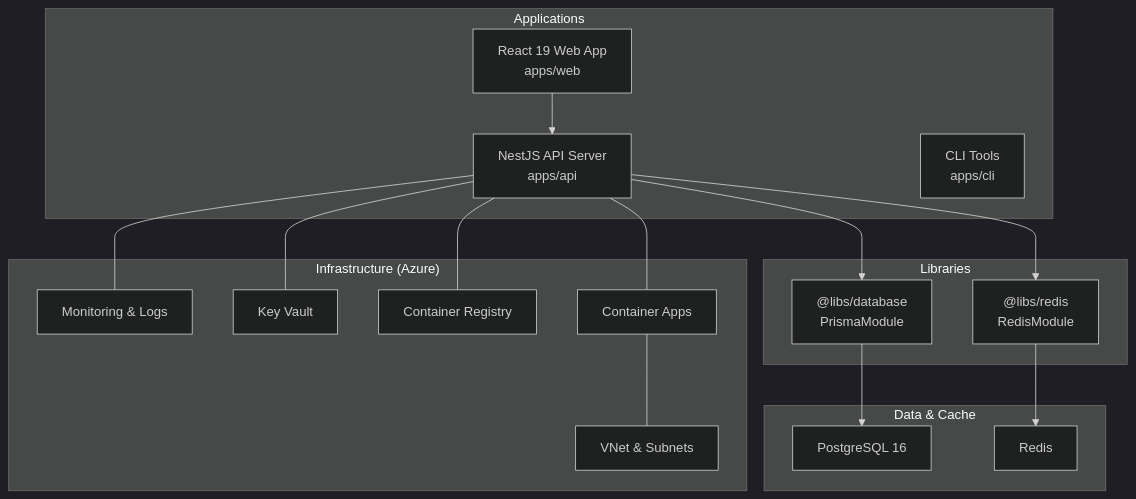
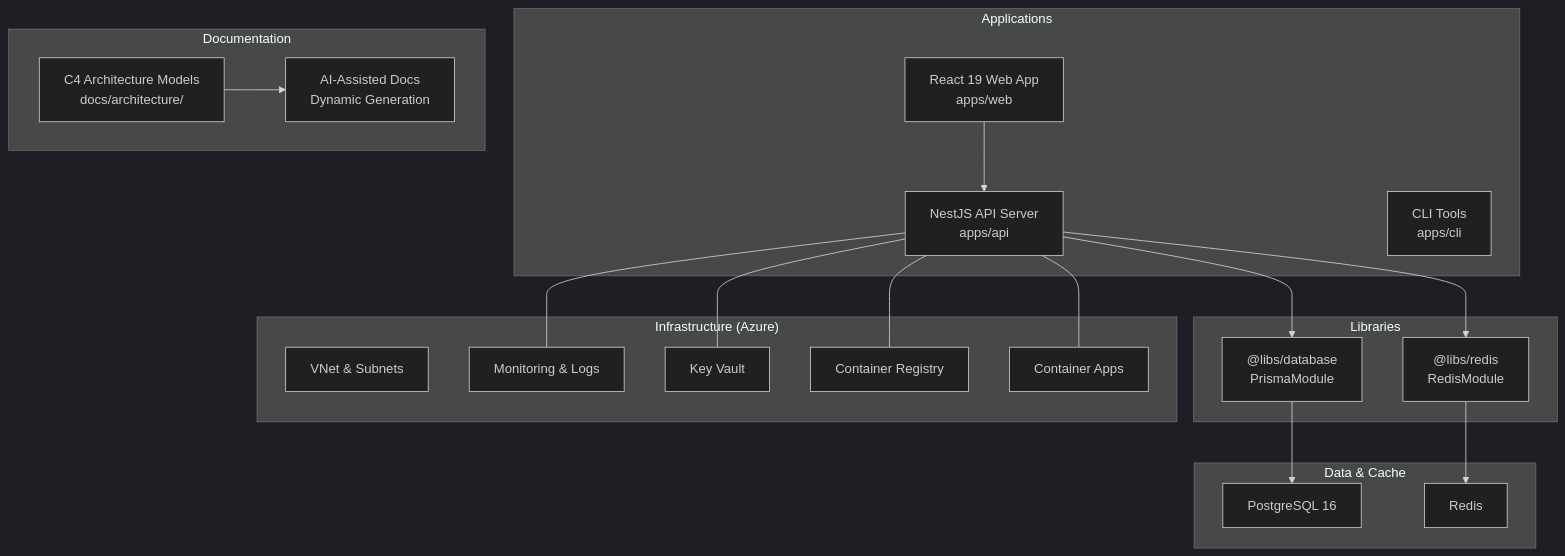
Before and after one commit to BAS-More/Quiz2Biz: the first of 11 diagrams in .qoder/repowiki/en/content/Architecture & Design/Architecture & Design.md, drawn with Mermaid (dark theme). The commit also changed other lines of this file and 3 other files, not shown here.

````diff
--- a/.qoder/repowiki/en/content/Architecture & Design/Architecture & Design.md
+++ b/.qoder/repowiki/en/content/Architecture & Design/Architecture & Design.md
@@ -46,33 +61,37 @@
 ```mermaid
 graph TB
 subgraph "Applications"
 WEB["React 19 Web App<br/>apps/web"]
 API["NestJS API Server<br/>apps/api"]
 CLI["CLI Tools<br/>apps/cli"]
 end
 subgraph "Libraries"
 DB["@libs/database<br/>PrismaModule"]
 REDIS["@libs/redis<br/>RedisModule"]
 end
 subgraph "Data & Cache"
 PG["PostgreSQL 16"]
 RDS["Redis"]
 end
 subgraph "Infrastructure (Azure)"
 NET["VNet & Subnets"]
 MON["Monitoring & Logs"]
 KV["Key Vault"]
 ACR["Container Registry"]
 CA["Container Apps"]
 end
+subgraph "Documentation"
+C4["C4 Architecture Models<br/>docs/architecture/"]
+AI_DOCS["AI-Assisted Docs<br/>Dynamic Generation"]
+end
 WEB --> API
 API --> DB
 API --> REDIS
 DB --> PG
 REDIS --> RDS
 API --- MON
 API --- KV
 API --- ACR
 API --- CA
-CA --- NET
+C4 --> AI_DOCS
 ```
````
